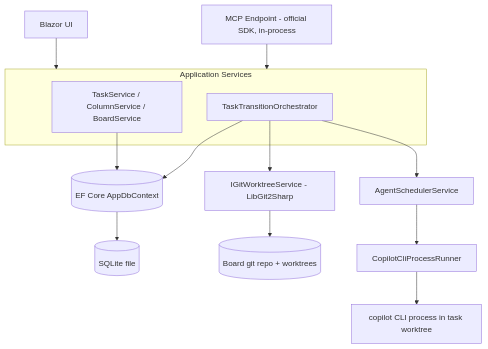
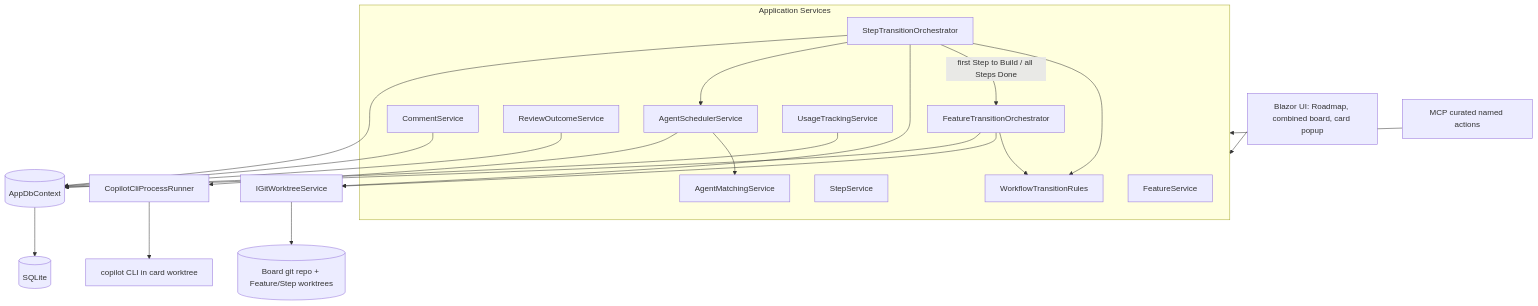
One commit to brickers/AgentTaskHarness changed the diagram in AgentTaskHarness/AI/Implementation Plan.md. Above: the diagram before and after it, drawn with Mermaid. The commit also changed other lines of this file and 1 other file, not shown here.

````diff
--- a/AgentTaskHarness/AI/Implementation Plan.md
+++ b/AgentTaskHarness/AI/Implementation Plan.md
@@ -68,17 +85,33 @@
 ```mermaid
 graph TD
-  UI[Blazor UI] --> AppServices
-  MCP[MCP Endpoint - official SDK, in-process] --> AppServices
+  UI[Blazor UI: Roadmap, combined board, card popup] --> AppServices
+  MCP[MCP curated named actions] --> AppServices
   subgraph AppServices[Application Services]
-    TaskSvc[TaskService / ColumnService / BoardService]
-    Orchestrator[TaskTransitionOrchestrator]
+    FeatureSvc[FeatureService]
+    StepSvc[StepService]
+    FeatureOrch[FeatureTransitionOrchestrator]
+    StepOrch[StepTransitionOrchestrator]
+    Rules[WorkflowTransitionRules]
+    CommentSvc[CommentService]
+    ReviewSvc[ReviewOutcomeService]
+    MatchSvc[AgentMatchingService]
+    Scheduler[AgentSchedulerService]
+    UsageSvc[UsageTrackingService]
   end
-  TaskSvc --> DbContext[(EF Core AppDbContext)]
-  Orchestrator --> DbContext
-  Orchestrator --> GitSvc[IGitWorktreeService - LibGit2Sharp]
-  Orchestrator --> Scheduler[AgentSchedulerService]
+  FeatureOrch --> Rules
+  StepOrch --> Rules
+  StepOrch -->|first Step to Build / all Steps Done| FeatureOrch
+  FeatureOrch --> GitSvc[IGitWorktreeService]
+  StepOrch --> GitSvc
+  StepOrch --> Scheduler
+  Scheduler --> MatchSvc
   Scheduler --> Runner[CopilotCliProcessRunner]
-  Runner --> CLI[copilot CLI process in task worktree]
-  GitSvc --> Repo[(Board git repo + worktrees)]
-  DbContext --> SQLite[(SQLite file)]
+  Runner --> CLI[copilot CLI in card worktree]
+  FeatureOrch --> DbContext[(AppDbContext)]
+  StepOrch --> DbContext
+  CommentSvc --> DbContext
+  ReviewSvc --> DbContext
+  UsageSvc --> DbContext
+  GitSvc --> Repo[(Board git repo + Feature/Step worktrees)]
+  DbContext --> SQLite[(SQLite)]
 ```
````
